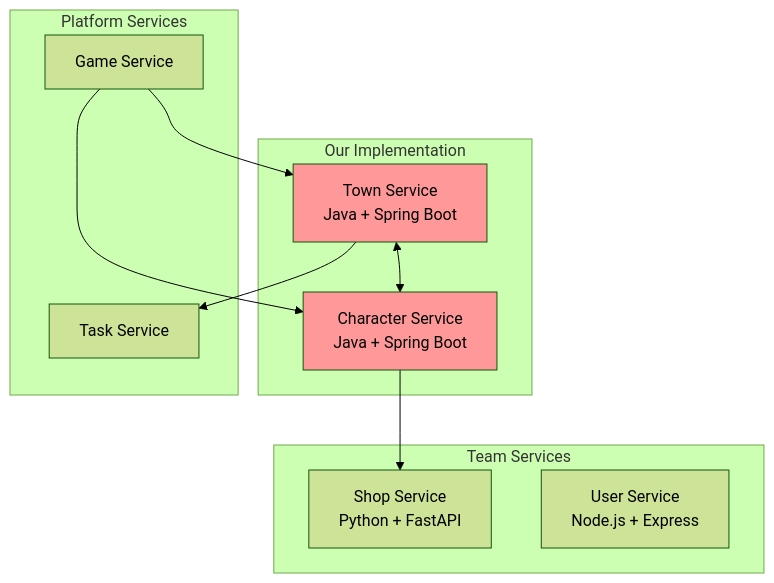
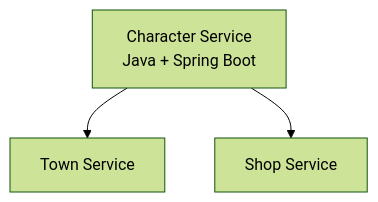
The diagram in README.md (Flexksx/distributed_mafia_platform), drawn with Mermaid (forest theme) before and after one commit. The commit also changed other lines of this file, not shown here.

Commit message:
character service

````diff
--- a/README.md
+++ b/README.md
@@ -7,26 +18,9 @@
 ```mermaid
 graph TB
-    subgraph "Our Implementation"
-        Town[Town Service<br/>Java + Spring Boot]
-        Character[Character Service<br/>Java + Spring Boot]
-    end
-    
-    subgraph "Team Services"
-        Shop[Shop Service<br/>Python + FastAPI]
-        User[User Service<br/>Node.js + Express]
-    end
-    
-    subgraph "Platform Services"
-        Game[Game Service]
-        Task[Task Service]
-    end
-    
-    Town <--> Character
+    Character[Character Service<br/>Java + Spring Boot]
+    Town[Town Service]
+    Shop[Shop Service]
+
+    Character --> Town
     Character --> Shop
-    Town --> Task
-    Game --> Town
-    Game --> Character
-    
-    style Town fill:#ff9999
-    style Character fill:#ff9999
 ```
````
